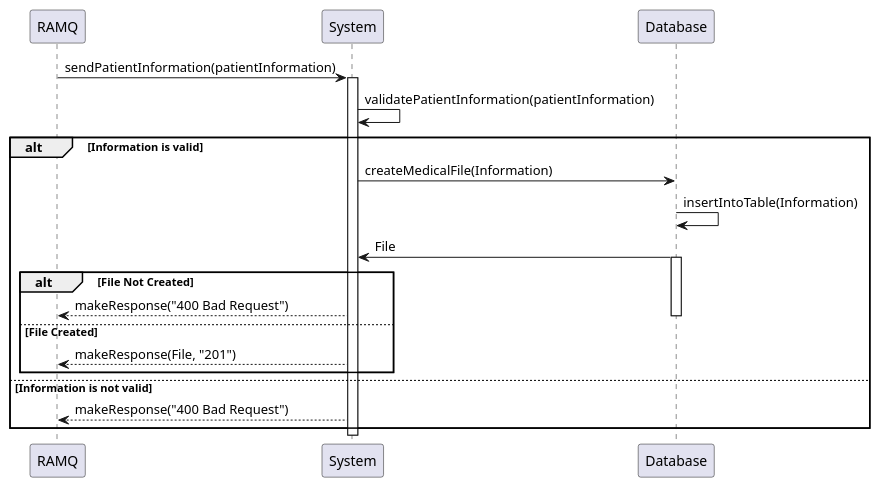
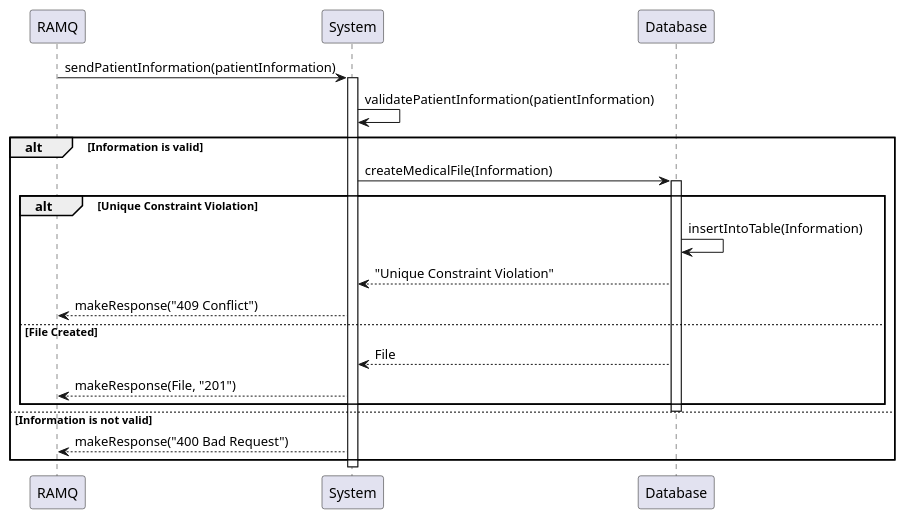
Before and after one commit to KevenJAntenor/Quebec-Centralized-Medical-Record-System: the diagram in plantUml/sequence-create.puml, drawn with PlantUML. The commit also changed 8 other files, not shown here.

Commit message:
Fix exisiting sequence diagram

```diff
--- a/plantUml/sequence-create.puml
+++ b/plantUml/sequence-create.puml
@@ -1,26 +1,28 @@
 @startuml 
 
 participant "RAMQ" as RAMQ
 participant "System" as System
 participant "Database" as Database
 
 RAMQ -> System: sendPatientInformation(patientInformation)
 activate System
 System -> System: validatePatientInformation(patientInformation)
 alt Information is valid
     System -> Database: createMedicalFile(Information)
+    activate Database
+    alt Unique Constraint Violation
     Database -> Database: insertIntoTable(Information)
-    Database -> System: File
-    activate Database
-    alt File Not Created
-        System --> RAMQ: makeResponse("400 Bad Request")
-    deactivate Database
+
+        Database --> System: "Unique Constraint Violation"
+        System --> RAMQ: makeResponse("409 Conflict")
     else File Created
+        Database --> System: File
         System --> RAMQ: makeResponse(File, "201")
     end
+    deactivate Database
 else Information is not valid
     System --> RAMQ: makeResponse("400 Bad Request")
 end
 deactivate System
 
 @enduml
```
